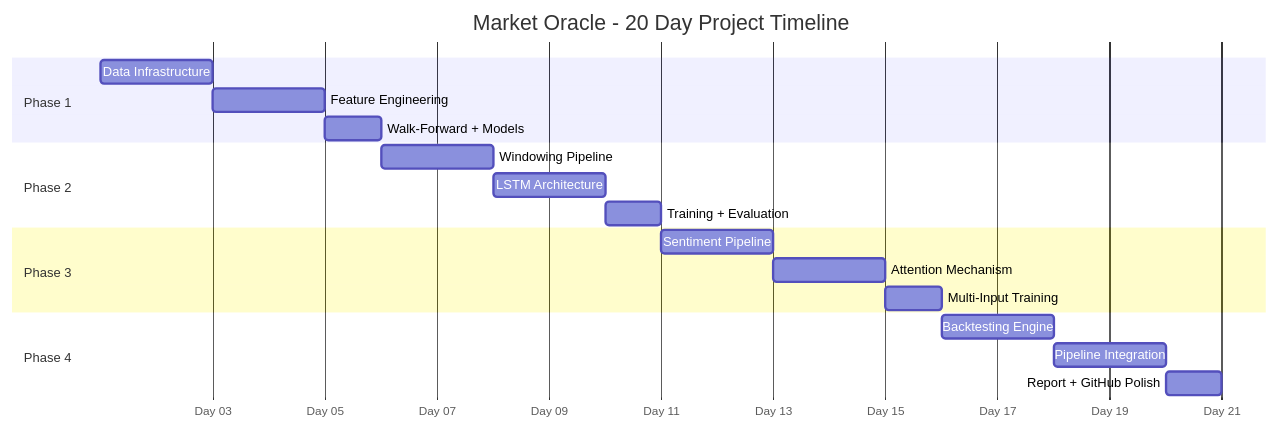
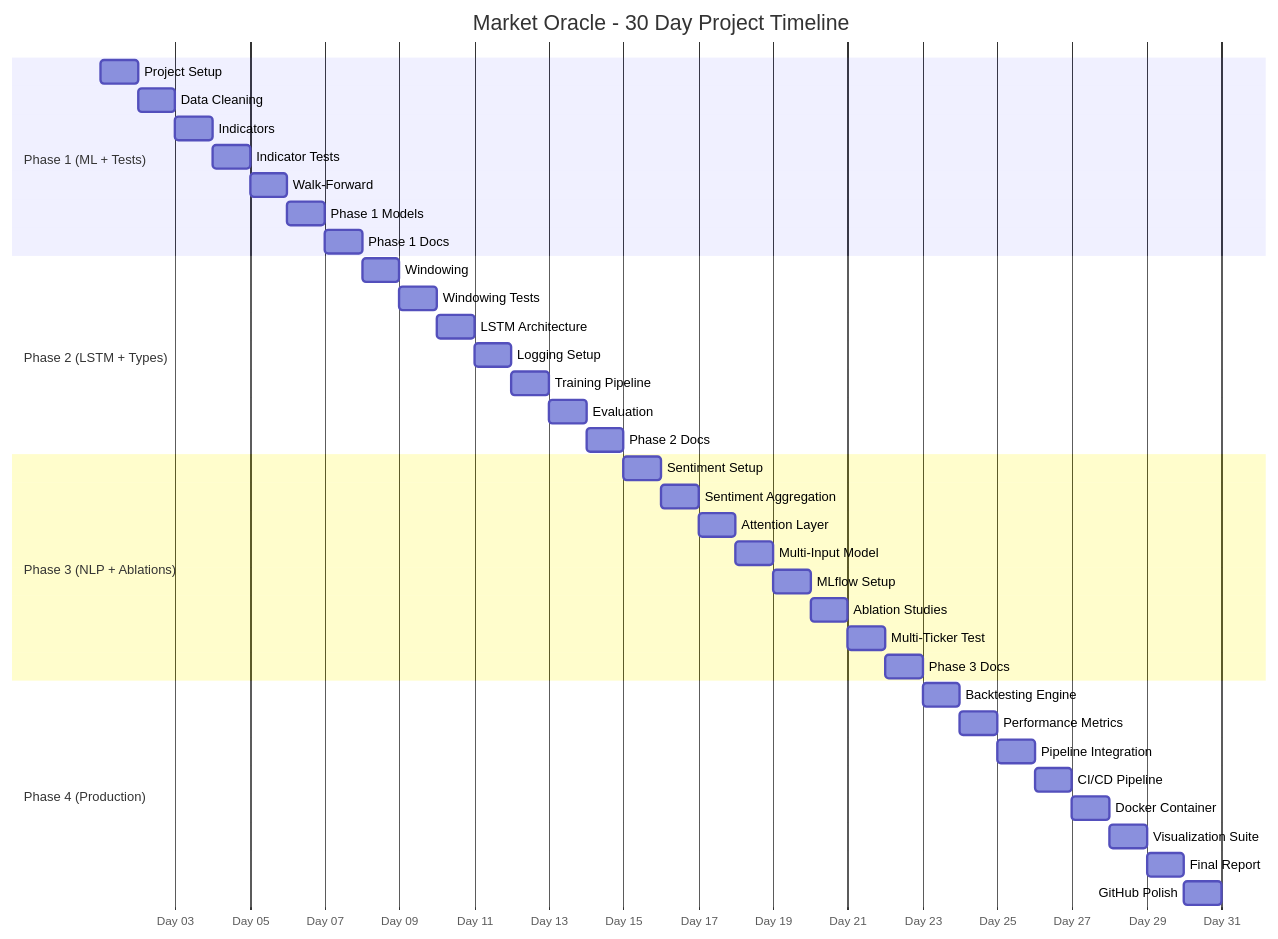
Before and after one commit to Rudyy75/Market-Oracle: the fifth of 5 diagrams in Phases.md, drawn with Mermaid. The commit also changed other lines of this file, not shown here.

````diff
--- a/Phases.md
+++ b/Phases.md
@@ -427,26 +543,44 @@
 ```mermaid
 gantt
-    title Market Oracle - 20 Day Project Timeline
-    dateFormat  X
+    title Market Oracle - 30 Day Project Timeline
+    dateFormat X
     axisFormat Day %d
     
-    section Phase 1
-    Data Infrastructure     :p1a, 1, 2d
-    Feature Engineering     :p1b, after p1a, 2d
-    Walk-Forward + Models   :p1c, after p1b, 1d
+    section Phase 1 (ML + Tests)
+    Project Setup           :p1a, 1, 1d
+    Data Cleaning          :p1b, after p1a, 1d
+    Indicators             :p1c, after p1b, 1d
+    Indicator Tests        :p1d, after p1c, 1d
+    Walk-Forward           :p1e, after p1d, 1d
+    Phase 1 Models         :p1f, after p1e, 1d
+    Phase 1 Docs           :p1g, after p1f, 1d
     
-    section Phase 2
-    Windowing Pipeline      :p2a, after p1c, 2d
-    LSTM Architecture       :p2b, after p2a, 2d
-    Training + Evaluation   :p2c, after p2b, 1d
+    section Phase 2 (LSTM + Types)
+    Windowing              :p2a, after p1g, 1d
+    Windowing Tests        :p2b, after p2a, 1d
+    LSTM Architecture      :p2c, after p2b, 1d
+    Logging Setup          :p2d, after p2c, 1d
+    Training Pipeline      :p2e, after p2d, 1d
+    Evaluation             :p2f, after p2e, 1d
+    Phase 2 Docs           :p2g, after p2f, 1d
     
-    section Phase 3
-    Sentiment Pipeline      :p3a, after p2c, 2d
-    Attention Mechanism     :p3b, after p3a, 2d
-    Multi-Input Training    :p3c, after p3b, 1d
+    section Phase 3 (NLP + Ablations)
+    Sentiment Setup        :p3a, after p2g, 1d
+    Sentiment Aggregation  :p3b, after p3a, 1d
+    Attention Layer        :p3c, after p3b, 1d
+    Multi-Input Model      :p3d, after p3c, 1d
+    MLflow Setup           :p3e, after p3d, 1d
+    Ablation Studies       :p3f, after p3e, 1d
+    Multi-Ticker Test      :p3g, after p3f, 1d
+    Phase 3 Docs           :p3h, after p3g, 1d
     
-    section Phase 4
-    Backtesting Engine      :p4a, after p3c, 2d
-    Pipeline Integration    :p4b, after p4a, 2d
-    Report + GitHub Polish  :p4c, after p4b, 1d
+    section Phase 4 (Production)
+    Backtesting Engine     :p4a, after p3h, 1d
+    Performance Metrics    :p4b, after p4a, 1d
+    Pipeline Integration   :p4c, after p4b, 1d
+    CI/CD Pipeline         :p4d, after p4c, 1d
+    Docker Container       :p4e, after p4d, 1d
+    Visualization Suite    :p4f, after p4e, 1d
+    Final Report           :p4g, after p4f, 1d
+    GitHub Polish          :p4h, after p4g, 1d
 ```
````
